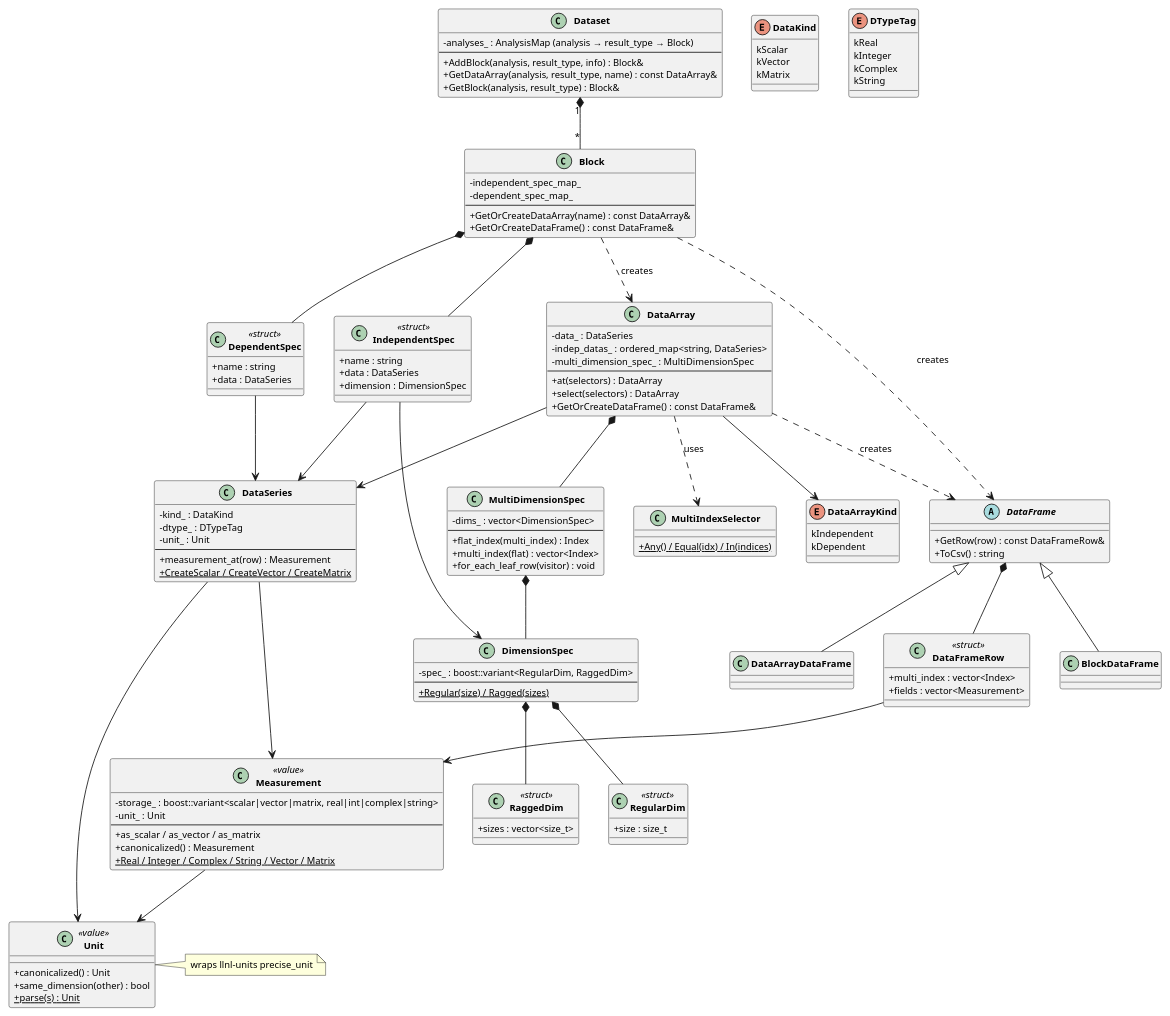
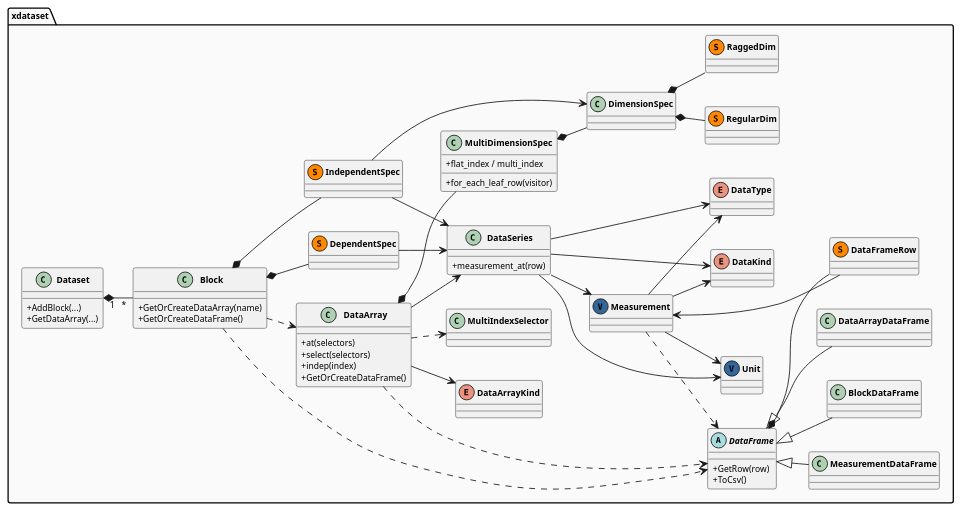
One commit to smile-zyk/xdataset changed the diagram in docs/Architecture.md. Above: the diagram before and after it, drawn with PlantUML. The commit also changed other lines of this file and 27 other files, not shown here.

````diff
--- a/docs/Architecture.md
+++ b/docs/Architecture.md
@@ -9,159 +12,103 @@
 ```plantuml
 @startuml
 skinparam classAttributeIconSize 0
-skinparam defaultFontSize 11
+skinparam defaultFontSize 10
 skinparam classFontStyle bold
+skinparam nodesep 40
+skinparam ranksep 35
+left to right direction
 
-class Dataset {
-    - analyses_ : AnalysisMap  (analysis → result_type → Block)
-    --
-    + AddBlock(analysis, result_type, info) : Block&
-    + GetDataArray(analysis, result_type, name) : const DataArray&
-    + GetBlock(analysis, result_type) : Block&
+package "xdataset" #FAFAFA {
+
+    class Dataset {
+        + AddBlock(...)
+        + GetDataArray(...)
+    }
+
+    class Block {
+        + GetOrCreateDataArray(name)
+        + GetOrCreateDataFrame()
+    }
+
+    class IndependentSpec << (S,#FF8800) >>
+    class DependentSpec << (S,#FF8800) >>
+
+    class DataArray {
+        + at(selectors)
+        + select(selectors)
+        + indep(index)
+        + GetOrCreateDataFrame()
+    }
+
+    enum DataArrayKind
+
+    class MultiDimensionSpec {
+        + flat_index / multi_index
+        + for_each_leaf_row(visitor)
+    }
+
+    class DimensionSpec
+    class RegularDim << (S,#FF8800) >>
+    class RaggedDim << (S,#FF8800) >>
+    class MultiIndexSelector
+
+    abstract class DataFrame {
+        + GetRow(row)
+        + ToCsv()
+    }
+
+    class BlockDataFrame
+    class DataArrayDataFrame
+    class MeasurementDataFrame
+
+    class DataFrameRow << (S,#FF8800) >>
+
+    class DataSeries {
+        + measurement_at(row)
+    }
+
+    class Measurement << (V,#336699) >>
+    class Unit << (V,#336699) >>
+
+    enum DataKind
+    enum DataType
+
+    Dataset "1" *-- "*" Block
+    Block *-- IndependentSpec
+    Block *-- DependentSpec
+    IndependentSpec --> DataSeries
+    IndependentSpec --> DimensionSpec
+    DependentSpec --> DataSeries
+    Block ..> DataArray
+    Block ..> DataFrame
+
+    DataArray --> DataSeries
+    DataArray *-- MultiDimensionSpec
+    DataArray --> DataArrayKind
+    DataArray ..> DataFrame
+    DataArray ..> MultiIndexSelector
+
+    MultiDimensionSpec *-- DimensionSpec
+    DimensionSpec *-- RegularDim
+    DimensionSpec *-- RaggedDim
+
+    DataFrame <|-- BlockDataFrame
+    DataFrame <|-- DataArrayDataFrame
+    DataFrame <|-- MeasurementDataFrame
+    DataFrame *-- DataFrameRow
+    DataFrameRow --> Measurement
+
+    Measurement ..> DataFrame
+
+    DataSeries --> Measurement
+    DataSeries --> Unit
+    DataSeries --> DataKind
+    DataSeries --> DataType
+
+    Measurement --> Unit
+    Measurement --> DataKind
+    Measurement --> DataType
 }
-
-class Block {
-    - independent_spec_map_
-    - dependent_spec_map_
-    --
-    + GetOrCreateDataArray(name) : const DataArray&
-    + GetOrCreateDataFrame() : const DataFrame&
-}
-
-class IndependentSpec <<struct>> {
-    + name : string
-    + data : DataSeries
-    + dimension : DimensionSpec
-}
-
-class DependentSpec <<struct>> {
-    + name : string
-    + data : DataSeries
-}
-
-class DataArray {
-    - data_ : DataSeries
-    - indep_datas_ : ordered_map<string, DataSeries>
-    - multi_dimension_spec_ : MultiDimensionSpec
-    --
-    + at(selectors) : DataArray
-    + select(selectors) : DataArray
-    + GetOrCreateDataFrame() : const DataFrame&
-}
-
-enum DataArrayKind {
-    kIndependent
-    kDependent
-}
-
-abstract class DataFrame {
-    + GetRow(row) : const DataFrameRow&
-    + ToCsv() : string
-}
-
-class BlockDataFrame
-class DataArrayDataFrame
-
-class DataFrameRow <<struct>> {
-    + multi_index : vector<Index>
-    + fields : vector<Measurement>
-}
-
-class DataSeries {
-    - kind_ : DataKind
-    - dtype_ : DTypeTag
-    - unit_ : Unit
-    --
-    + measurement_at(row) : Measurement
-    + {static} CreateScalar / CreateVector / CreateMatrix
-}
-
-class Measurement <<value>> {
-    - storage_ : boost::variant<scalar|vector|matrix, real|int|complex|string>
-    - unit_ : Unit
-    --
-    + as_scalar / as_vector / as_matrix
-    + canonicalized() : Measurement
-    + {static} Real / Integer / Complex / String / Vector / Matrix
-}
-
-class Unit <<value>> {
-    + canonicalized() : Unit
-    + same_dimension(other) : bool
-    + {static} parse(s) : Unit
-}
-
-note right of Unit : wraps llnl-units precise_unit
-
-class MultiDimensionSpec {
-    - dims_ : vector<DimensionSpec>
-    --
-    + flat_index(multi_index) : Index
-    + multi_index(flat) : vector<Index>
-    + for_each_leaf_row(visitor) : void
-}
-
-class DimensionSpec {
-    - spec_ : boost::variant<RegularDim, RaggedDim>
-    --
-    + {static} Regular(size) / Ragged(sizes)
-}
-
-class RegularDim <<struct>> {
-    + size : size_t
-}
-
-class RaggedDim <<struct>> {
-    + sizes : vector<size_t>
-}
-
-class MultiIndexSelector {
-    + {static} Any() / Equal(idx) / In(indices)
-}
-
-enum DataKind {
-    kScalar
-    kVector
-    kMatrix
-}
-
-enum DTypeTag {
-    kReal
-    kInteger
-    kComplex
-    kString
-}
-
-' ============ 关系 ============
-
-Dataset "1" *-- "*" Block
-Block *-- IndependentSpec
-Block *-- DependentSpec
-IndependentSpec --> DataSeries
-IndependentSpec --> DimensionSpec
-DependentSpec --> DataSeries
-Block ..> DataArray : creates
-Block ..> DataFrame : creates
-
-DataArray --> DataSeries
-DataArray *-- MultiDimensionSpec
-DataArray --> DataArrayKind
-DataArray ..> DataFrame : creates
-DataArray ..> MultiIndexSelector : uses
-
-DataFrame <|-- BlockDataFrame
-DataFrame <|-- DataArrayDataFrame
-DataFrame *-- DataFrameRow
-DataFrameRow --> Measurement
-
-DataSeries --> Measurement
-DataSeries --> Unit
-
-Measurement --> Unit
-
-MultiDimensionSpec *-- DimensionSpec
-DimensionSpec *-- RegularDim
-DimensionSpec *-- RaggedDim
 
 @enduml
 ```
````
